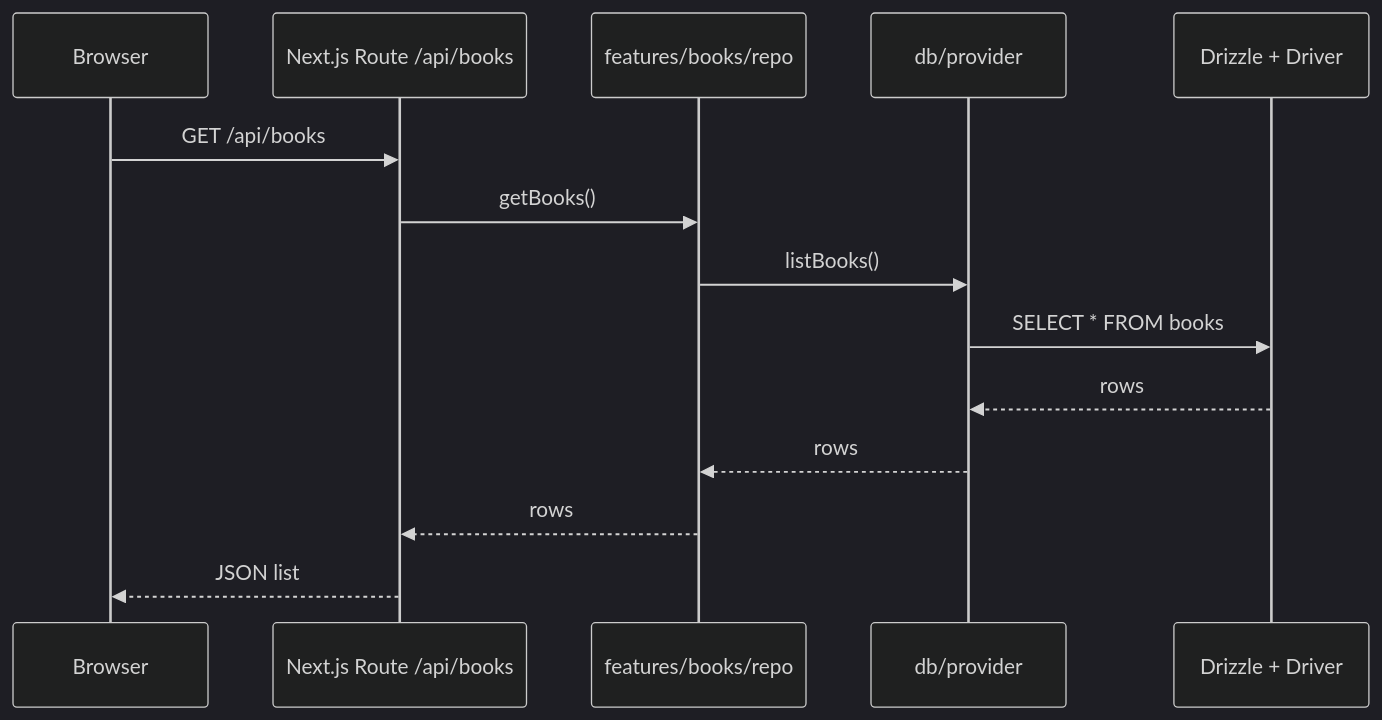
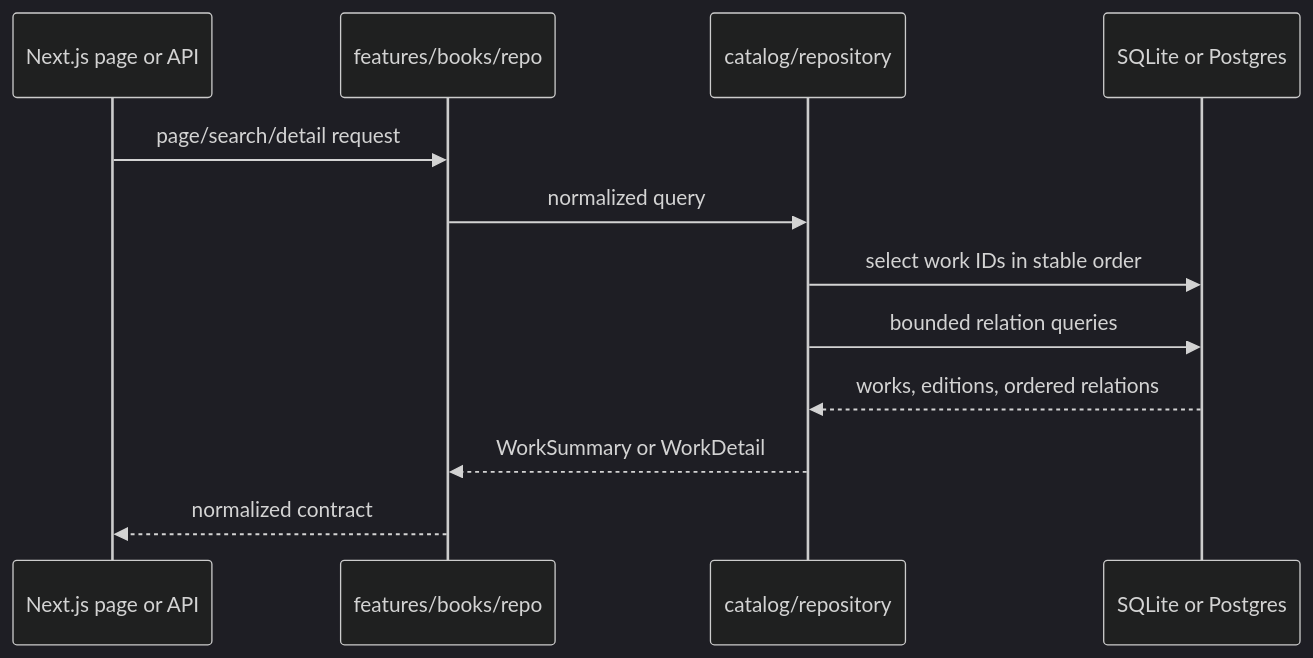
One commit to amalv/bukie changed the diagram in docs/database-architecture.md. Above: the diagram before and after it, drawn with Mermaid (dark theme). The commit also changed other lines of this file and 131 other files, not shown here.

Commit message:
refactor(catalog): cut over normalized runtime

````diff
--- a/docs/database-architecture.md
+++ b/docs/database-architecture.md
@@ -29,17 +18,15 @@
 ```mermaid
 sequenceDiagram
-  participant Client as Browser
-  participant API as Next.js Route /api/books
+  participant UI as Next.js page or API
   participant Repo as features/books/repo
-  participant Provider as db/provider
-  participant DB as Drizzle + Driver
+  participant Catalog as catalog/repository
+  participant DB as SQLite or Postgres
 
-  Client->>API: GET /api/books
-  API->>Repo: getBooks()
-  Repo->>Provider: listBooks()
-  Provider->>DB: SELECT * FROM books
-  DB-->>Provider: rows
-  Provider-->>Repo: rows
-  Repo-->>API: rows
-  API-->>Client: JSON list
+  UI->>Repo: page/search/detail request
+  Repo->>Catalog: normalized query
+  Catalog->>DB: select work IDs in stable order
+  Catalog->>DB: bounded relation queries
+  DB-->>Catalog: works, editions, ordered relations
+  Catalog-->>Repo: WorkSummary or WorkDetail
+  Repo-->>UI: normalized contract
 ```
````
